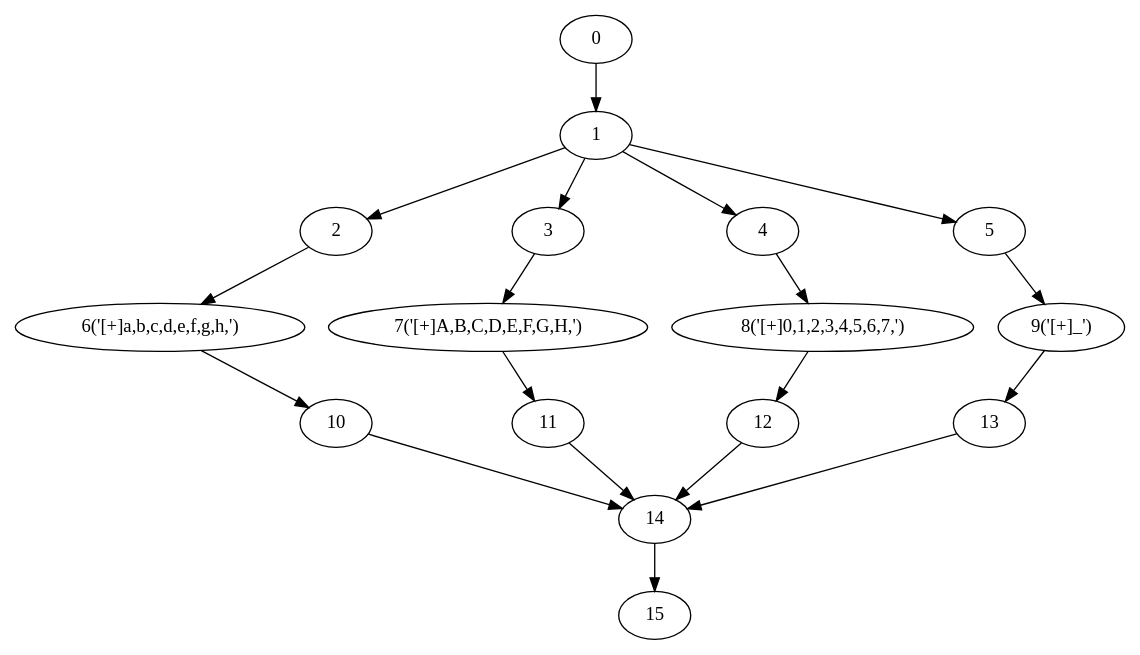
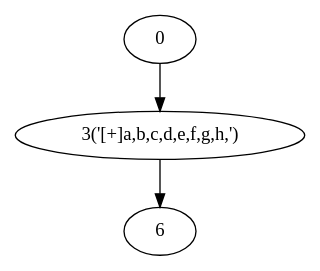
Before and after one commit to yyl-20020115/NRegEx: the diagram in NRegex.Test/Graphs/TestMethod16.dot, drawn with Graphviz. The commit also changed 6 other files, not shown here.

```diff
--- a/NRegex.Test/Graphs/TestMethod16.dot
+++ b/NRegex.Test/Graphs/TestMethod16.dot
@@ -1,36 +1,7 @@
 digraph g {
 	0 ;
-	1 ;
-	2 ;
-	3 ;
-	4 ;
-	5 ;
-	6 [label="6('[+]a,b,c,d,e,f,g,h,')"];
-	7 [label="7('[+]A,B,C,D,E,F,G,H,')"];
-	8 [label="8('[+]0,1,2,3,4,5,6,7,')"];
-	9 [label="9('[+]_')"];
-	10 ;
-	11 ;
-	12 ;
-	13 ;
-	14 ;
-	15 ;
-	0->1;
-	1->2;
-	1->3;
-	1->4;
-	1->5;
-	2->6;
-	3->7;
-	4->8;
-	5->9;
-	6->10;
-	7->11;
-	8->12;
-	9->13;
-	10->14;
-	11->14;
-	12->14;
-	13->14;
-	14->15;
+	3 [label="3('[+]a,b,c,d,e,f,g,h,')"];
+	6 ;
+	0->3;
+	3->6;
 }
```
